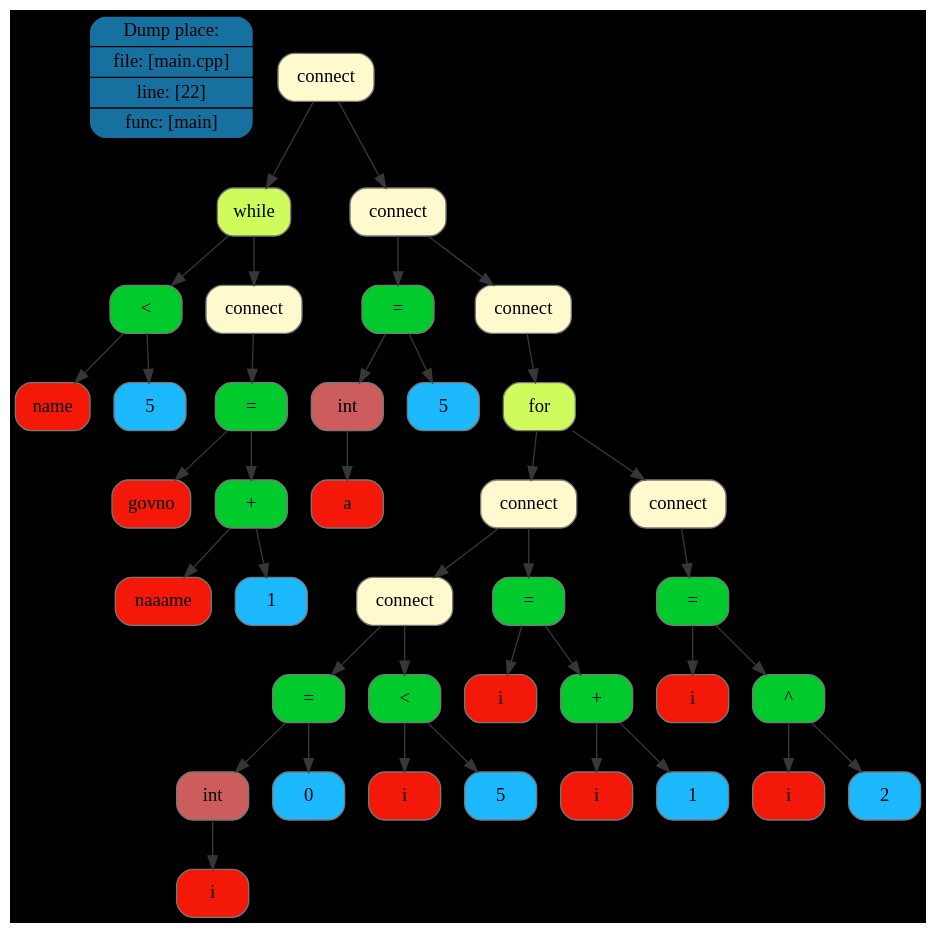
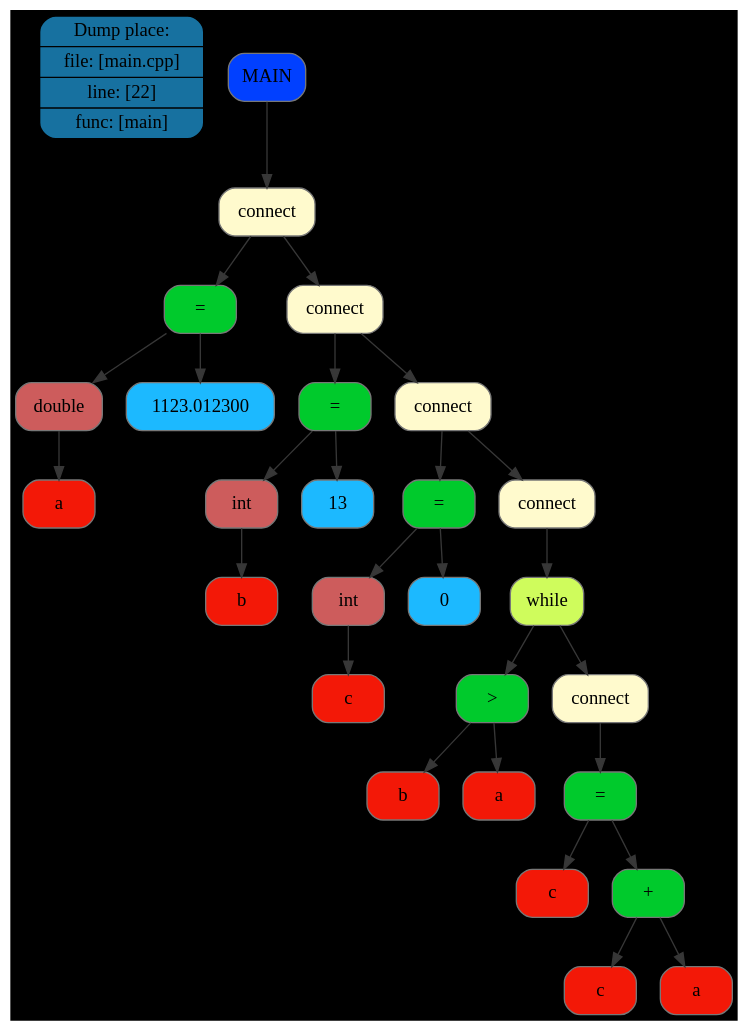
One commit to Maksim-Sebelev/Language changed the diagram in FrontEnd/dot/tree/dot/tree1.dot. Above: the diagram before and after it, drawn with Graphviz. The commit also changed 18 other files, not shown here.

```diff
--- a/FrontEnd/dot/tree/dot/tree1.dot
+++ b/FrontEnd/dot/tree/dot/tree1.dot
@@ -1,81 +1,59 @@
 digraph G{
 rankdir=TB
 graph [bgcolor="#000000"];
 place[shape=Mrecord, style=filled, fillcolor="#1771a0", pos="0,1!",label = " { Dump place: | file: [main.cpp] | line: [22] | func: [main] } "color = "#000000"];
-node0x5070000010c0[shape=Mrecord, style=filled, fillcolor="#FFFACD"label = "connect", color = "#777777"];
-node0x507000000480[shape=Mrecord, style=filled, fillcolor="#CFFC5C"label = "while", color = "#777777"];
-node0x507000000170[shape=Mrecord, style=filled, fillcolor="#00ca2c"label = "\<", color = "#777777"];
-node0x507000000090[shape=Mrecord, style=filled, fillcolor="#f31807"label = "name", color = "#777777"];
-node0x507000000100[shape=Mrecord, style=filled, fillcolor="#1cb9ff"label = "5", color = "#777777"];
-node0x507000000410[shape=Mrecord, style=filled, fillcolor="#FFFACD"label = "connect", color = "#777777"];
+node0x507000000bf0[shape=Mrecord, style=filled, fillcolor="#0140ff"label = "MAIN", color = "#777777"];
+node0x507000000b80[shape=Mrecord, style=filled, fillcolor="#FFFACD"label = "connect", color = "#777777"];
+node0x5070000001e0[shape=Mrecord, style=filled, fillcolor="#00ca2c"label = "\=", color = "#777777"];
+node0x507000000090[shape=Mrecord, style=filled, fillcolor="#CD5C5C"label = "double", color = "#777777"];
+node0x507000000100[shape=Mrecord, style=filled, fillcolor="#f31807"label = "a", color = "#777777"];
+node0x507000000170[shape=Mrecord, style=filled, fillcolor="#1cb9ff"label = "1123.012300", color = "#777777"];
+node0x507000000b10[shape=Mrecord, style=filled, fillcolor="#FFFACD"label = "connect", color = "#777777"];
 node0x5070000003a0[shape=Mrecord, style=filled, fillcolor="#00ca2c"label = "\=", color = "#777777"];
-node0x5070000001e0[shape=Mrecord, style=filled, fillcolor="#f31807"label = "govno", color = "#777777"];
-node0x507000000330[shape=Mrecord, style=filled, fillcolor="#00ca2c"label = "\+", color = "#777777"];
-node0x507000000250[shape=Mrecord, style=filled, fillcolor="#f31807"label = "naaame", color = "#777777"];
-node0x5070000002c0[shape=Mrecord, style=filled, fillcolor="#1cb9ff"label = "1", color = "#777777"];
-node0x507000001050[shape=Mrecord, style=filled, fillcolor="#FFFACD"label = "connect", color = "#777777"];
-node0x507000000640[shape=Mrecord, style=filled, fillcolor="#00ca2c"label = "\=", color = "#777777"];
-node0x5070000004f0[shape=Mrecord, style=filled, fillcolor="#CD5C5C"label = "int", color = "#777777"];
-node0x507000000560[shape=Mrecord, style=filled, fillcolor="#f31807"label = "a", color = "#777777"];
-node0x5070000005d0[shape=Mrecord, style=filled, fillcolor="#1cb9ff"label = "5", color = "#777777"];
-node0x507000000fe0[shape=Mrecord, style=filled, fillcolor="#FFFACD"label = "connect", color = "#777777"];
-node0x507000000f70[shape=Mrecord, style=filled, fillcolor="#CFFC5C"label = "for", color = "#777777"];
-node0x507000000f00[shape=Mrecord, style=filled, fillcolor="#FFFACD"label = "connect", color = "#777777"];
-node0x507000000e90[shape=Mrecord, style=filled, fillcolor="#FFFACD"label = "connect", color = "#777777"];
-node0x507000000800[shape=Mrecord, style=filled, fillcolor="#00ca2c"label = "\=", color = "#777777"];
-node0x5070000006b0[shape=Mrecord, style=filled, fillcolor="#CD5C5C"label = "int", color = "#777777"];
-node0x507000000720[shape=Mrecord, style=filled, fillcolor="#f31807"label = "i", color = "#777777"];
-node0x507000000790[shape=Mrecord, style=filled, fillcolor="#1cb9ff"label = "0", color = "#777777"];
-node0x507000000950[shape=Mrecord, style=filled, fillcolor="#00ca2c"label = "\<", color = "#777777"];
-node0x507000000870[shape=Mrecord, style=filled, fillcolor="#f31807"label = "i", color = "#777777"];
-node0x5070000008e0[shape=Mrecord, style=filled, fillcolor="#1cb9ff"label = "5", color = "#777777"];
-node0x507000000b80[shape=Mrecord, style=filled, fillcolor="#00ca2c"label = "\=", color = "#777777"];
-node0x5070000009c0[shape=Mrecord, style=filled, fillcolor="#f31807"label = "i", color = "#777777"];
-node0x507000000b10[shape=Mrecord, style=filled, fillcolor="#00ca2c"label = "\+", color = "#777777"];
-node0x507000000a30[shape=Mrecord, style=filled, fillcolor="#f31807"label = "i", color = "#777777"];
-node0x507000000aa0[shape=Mrecord, style=filled, fillcolor="#1cb9ff"label = "1", color = "#777777"];
-node0x507000000e20[shape=Mrecord, style=filled, fillcolor="#FFFACD"label = "connect", color = "#777777"];
-node0x507000000db0[shape=Mrecord, style=filled, fillcolor="#00ca2c"label = "\=", color = "#777777"];
-node0x507000000bf0[shape=Mrecord, style=filled, fillcolor="#f31807"label = "i", color = "#777777"];
-node0x507000000d40[shape=Mrecord, style=filled, fillcolor="#00ca2c"label = "\^", color = "#777777"];
-node0x507000000c60[shape=Mrecord, style=filled, fillcolor="#f31807"label = "i", color = "#777777"];
-node0x507000000cd0[shape=Mrecord, style=filled, fillcolor="#1cb9ff"label = "2", color = "#777777"];
+node0x507000000250[shape=Mrecord, style=filled, fillcolor="#CD5C5C"label = "int", color = "#777777"];
+node0x5070000002c0[shape=Mrecord, style=filled, fillcolor="#f31807"label = "b", color = "#777777"];
+node0x507000000330[shape=Mrecord, style=filled, fillcolor="#1cb9ff"label = "13", color = "#777777"];
+node0x507000000aa0[shape=Mrecord, style=filled, fillcolor="#FFFACD"label = "connect", color = "#777777"];
+node0x507000000560[shape=Mrecord, style=filled, fillcolor="#00ca2c"label = "\=", color = "#777777"];
+node0x507000000410[shape=Mrecord, style=filled, fillcolor="#CD5C5C"label = "int", color = "#777777"];
+node0x507000000480[shape=Mrecord, style=filled, fillcolor="#f31807"label = "c", color = "#777777"];
+node0x5070000004f0[shape=Mrecord, style=filled, fillcolor="#1cb9ff"label = "0", color = "#777777"];
+node0x507000000a30[shape=Mrecord, style=filled, fillcolor="#FFFACD"label = "connect", color = "#777777"];
+node0x5070000009c0[shape=Mrecord, style=filled, fillcolor="#CFFC5C"label = "while", color = "#777777"];
+node0x5070000006b0[shape=Mrecord, style=filled, fillcolor="#00ca2c"label = "\>", color = "#777777"];
+node0x5070000005d0[shape=Mrecord, style=filled, fillcolor="#f31807"label = "b", color = "#777777"];
+node0x507000000640[shape=Mrecord, style=filled, fillcolor="#f31807"label = "a", color = "#777777"];
+node0x507000000950[shape=Mrecord, style=filled, fillcolor="#FFFACD"label = "connect", color = "#777777"];
+node0x5070000008e0[shape=Mrecord, style=filled, fillcolor="#00ca2c"label = "\=", color = "#777777"];
+node0x507000000720[shape=Mrecord, style=filled, fillcolor="#f31807"label = "c", color = "#777777"];
+node0x507000000870[shape=Mrecord, style=filled, fillcolor="#00ca2c"label = "\+", color = "#777777"];
+node0x507000000790[shape=Mrecord, style=filled, fillcolor="#f31807"label = "c", color = "#777777"];
+node0x507000000800[shape=Mrecord, style=filled, fillcolor="#f31807"label = "a", color = "#777777"];
 edge[color="#373737"];
-node0x5070000010c0->node0x507000000480;
-node0x507000000480->node0x507000000170;
-node0x507000000170->node0x507000000090;
-node0x507000000170->node0x507000000100;
-node0x507000000480->node0x507000000410;
-node0x507000000410->node0x5070000003a0;
-node0x5070000003a0->node0x5070000001e0;
+node0x507000000bf0->node0x507000000b80;
+node0x507000000b80->node0x5070000001e0;
+node0x5070000001e0->node0x507000000090;
+node0x507000000090->node0x507000000100;
+node0x5070000001e0->node0x507000000170;
+node0x507000000b80->node0x507000000b10;
+node0x507000000b10->node0x5070000003a0;
+node0x5070000003a0->node0x507000000250;
+node0x507000000250->node0x5070000002c0;
 node0x5070000003a0->node0x507000000330;
-node0x507000000330->node0x507000000250;
-node0x507000000330->node0x5070000002c0;
-node0x5070000010c0->node0x507000001050;
-node0x507000001050->node0x507000000640;
-node0x507000000640->node0x5070000004f0;
-node0x5070000004f0->node0x507000000560;
-node0x507000000640->node0x5070000005d0;
-node0x507000001050->node0x507000000fe0;
-node0x507000000fe0->node0x507000000f70;
-node0x507000000f70->node0x507000000f00;
-node0x507000000f00->node0x507000000e90;
-node0x507000000e90->node0x507000000800;
-node0x507000000800->node0x5070000006b0;
-node0x5070000006b0->node0x507000000720;
-node0x507000000800->node0x507000000790;
-node0x507000000e90->node0x507000000950;
-node0x507000000950->node0x507000000870;
+node0x507000000b10->node0x507000000aa0;
+node0x507000000aa0->node0x507000000560;
+node0x507000000560->node0x507000000410;
+node0x507000000410->node0x507000000480;
+node0x507000000560->node0x5070000004f0;
+node0x507000000aa0->node0x507000000a30;
+node0x507000000a30->node0x5070000009c0;
+node0x5070000009c0->node0x5070000006b0;
+node0x5070000006b0->node0x5070000005d0;
+node0x5070000006b0->node0x507000000640;
+node0x5070000009c0->node0x507000000950;
 node0x507000000950->node0x5070000008e0;
-node0x507000000f00->node0x507000000b80;
-node0x507000000b80->node0x5070000009c0;
-node0x507000000b80->node0x507000000b10;
-node0x507000000b10->node0x507000000a30;
-node0x507000000b10->node0x507000000aa0;
-node0x507000000f70->node0x507000000e20;
-node0x507000000e20->node0x507000000db0;
-node0x507000000db0->node0x507000000bf0;
-node0x507000000db0->node0x507000000d40;
-node0x507000000d40->node0x507000000c60;
-node0x507000000d40->node0x507000000cd0;
+node0x5070000008e0->node0x507000000720;
+node0x5070000008e0->node0x507000000870;
+node0x507000000870->node0x507000000790;
+node0x507000000870->node0x507000000800;
 }
```
